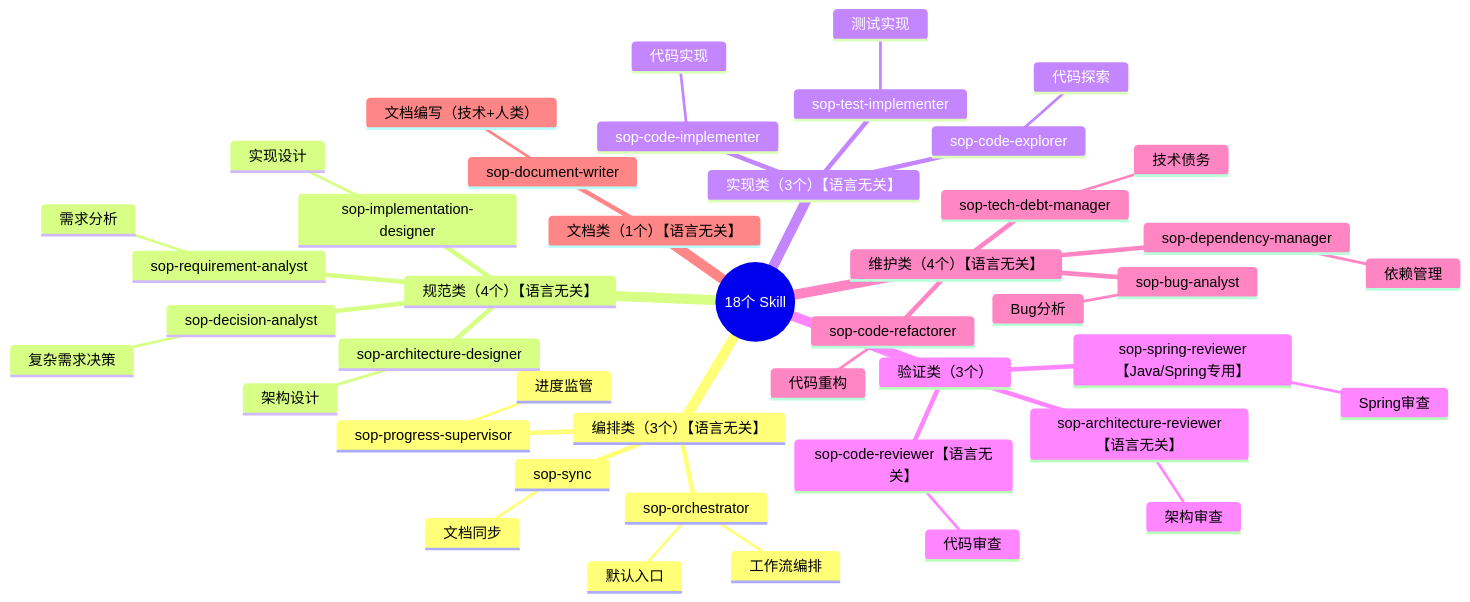
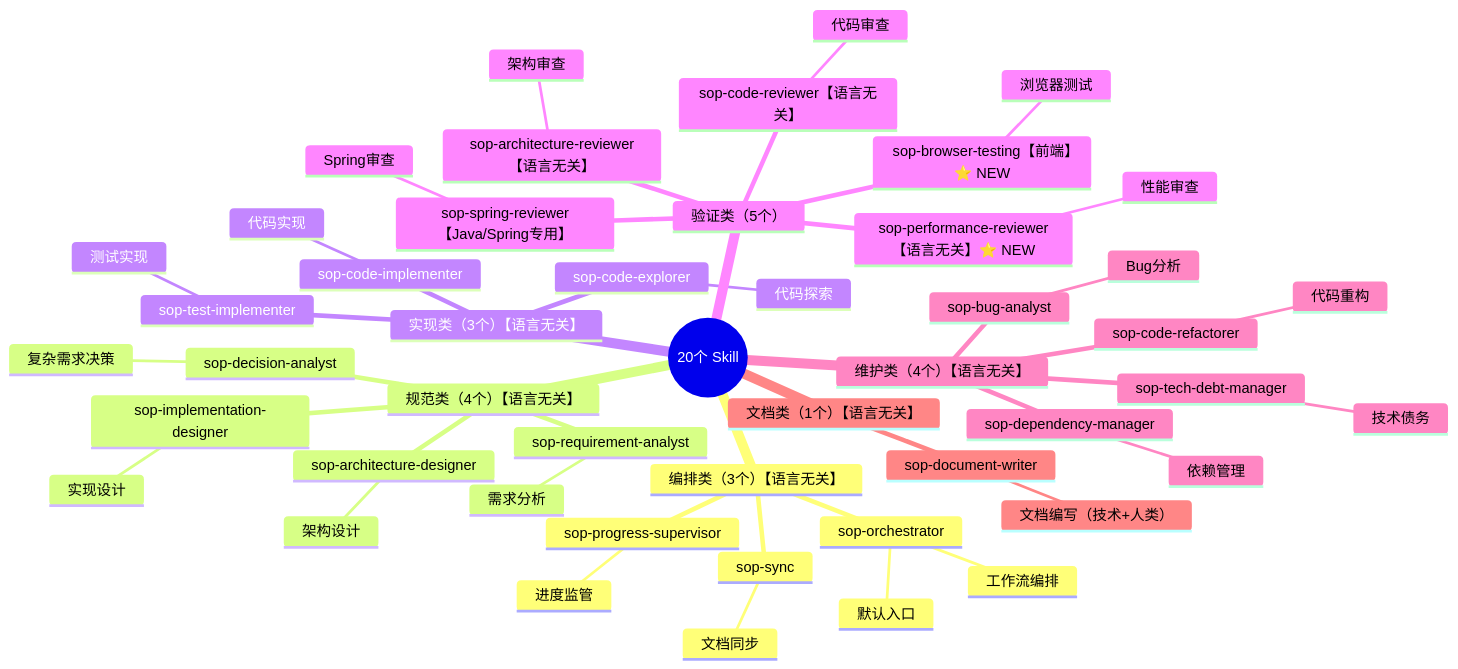
The diagram in plugins/mumu-sop/index.md (luckyMUMU/mumu-sop), drawn with Mermaid before and after one commit. The commit also changed other lines of this file and 41 other files, not shown here.

````diff
--- a/plugins/mumu-sop/index.md
+++ b/plugins/mumu-sop/index.md
@@ -15,47 +15,51 @@
 ```mermaid
 mindmap
-  root((18个 Skill))
+  root((20个 Skill))
     编排类（3个）【语言无关】
       sop-orchestrator
         工作流编排
         默认入口
       sop-sync
         文档同步
       sop-progress-supervisor
         进度监管
     规范类（4个）【语言无关】
       sop-decision-analyst
         复杂需求决策
       sop-requirement-analyst
         需求分析
       sop-architecture-designer
         架构设计
       sop-implementation-designer
         实现设计
     实现类（3个）【语言无关】
       sop-code-explorer
         代码探索
       sop-code-implementer
         代码实现
       sop-test-implementer
         测试实现
-    验证类（3个）
+    验证类（5个）
       sop-architecture-reviewer【语言无关】
         架构审查
       sop-code-reviewer【语言无关】
         代码审查
+      sop-performance-reviewer【语言无关】⭐ NEW
+        性能审查
+      sop-browser-testing【前端】⭐ NEW
+        浏览器测试
       sop-spring-reviewer【Java/Spring专用】
         Spring审查
     维护类（4个）【语言无关】
       sop-bug-analyst
         Bug分析
       sop-code-refactorer
         代码重构
       sop-tech-debt-manager
         技术债务
       sop-dependency-manager
         依赖管理
     文档类（1个）【语言无关】
       sop-document-writer
         文档编写（技术+人类）
 ```
````
